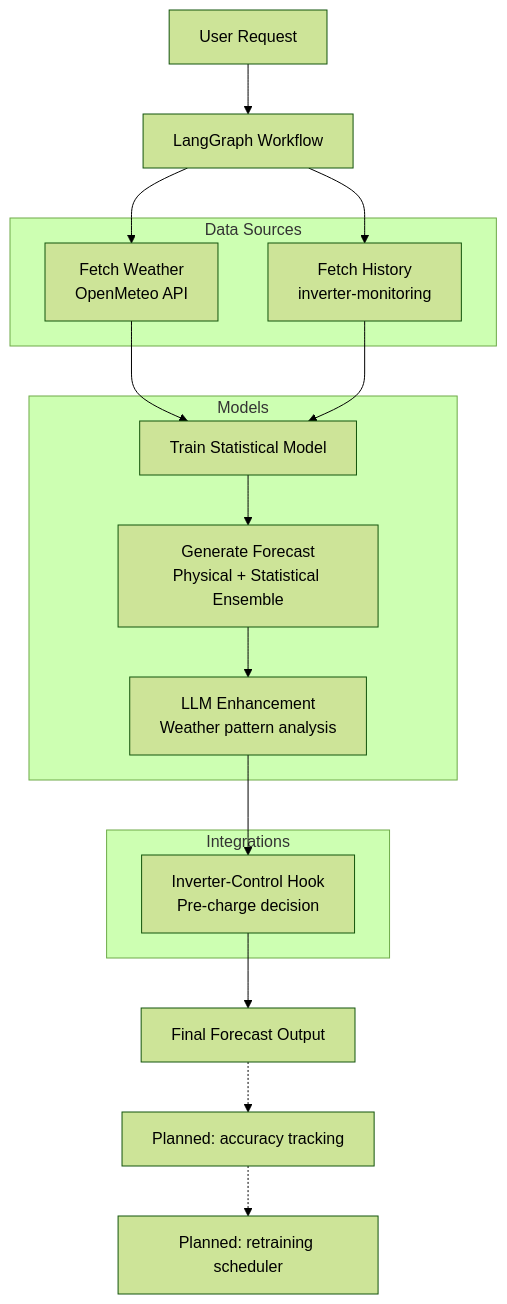
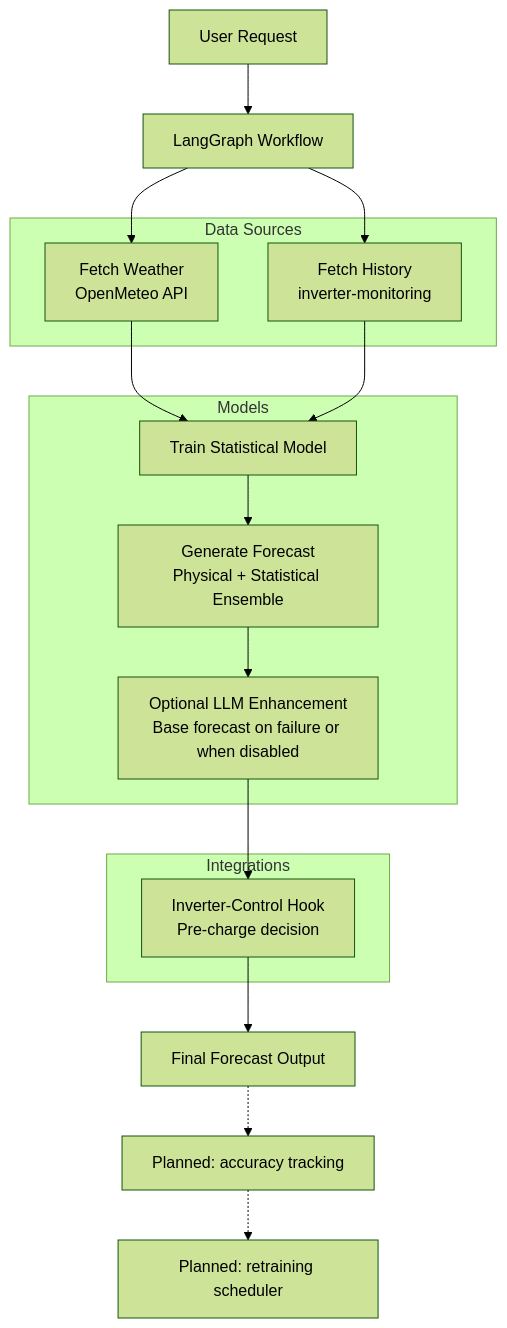
One commit to 4alvit/solar-forecast-langgraph changed the first of 2 diagrams in README.md. Above: the diagram before and after it, drawn with Mermaid (forest theme). The commit also changed other lines of this file and 17 other files, not shown here.

First line of the commit message:
Verify optional LLM TLS and publish OpenSSF assurance evidence (#130)

````diff
--- a/README.md
+++ b/README.md
@@ -29,33 +31,33 @@
 ```mermaid
 graph TD
     A[User Request] --> B[LangGraph Workflow]
     
     B --> C[Fetch Weather<br/>OpenMeteo API]
     B --> D[Fetch History<br/>inverter-monitoring]
     
     C --> E[Train Statistical Model]
     D --> E
     
     E --> F[Generate Forecast<br/>Physical + Statistical Ensemble]
-    F --> G[LLM Enhancement<br/>Weather pattern analysis]
+    F --> G[Optional LLM Enhancement<br/>Base forecast on failure or when disabled]
     G --> H[Inverter-Control Hook<br/>Pre-charge decision]
     H --> I[Final Forecast Output]
     
     I -.-> J[Planned: accuracy tracking]
     J -.-> K[Planned: retraining scheduler]
     
     subgraph "Data Sources"
         C
         D
     end
     
     subgraph "Models"
         E
         F
         G
     end
     
     subgraph "Integrations"
         H
     end
 ```
````
